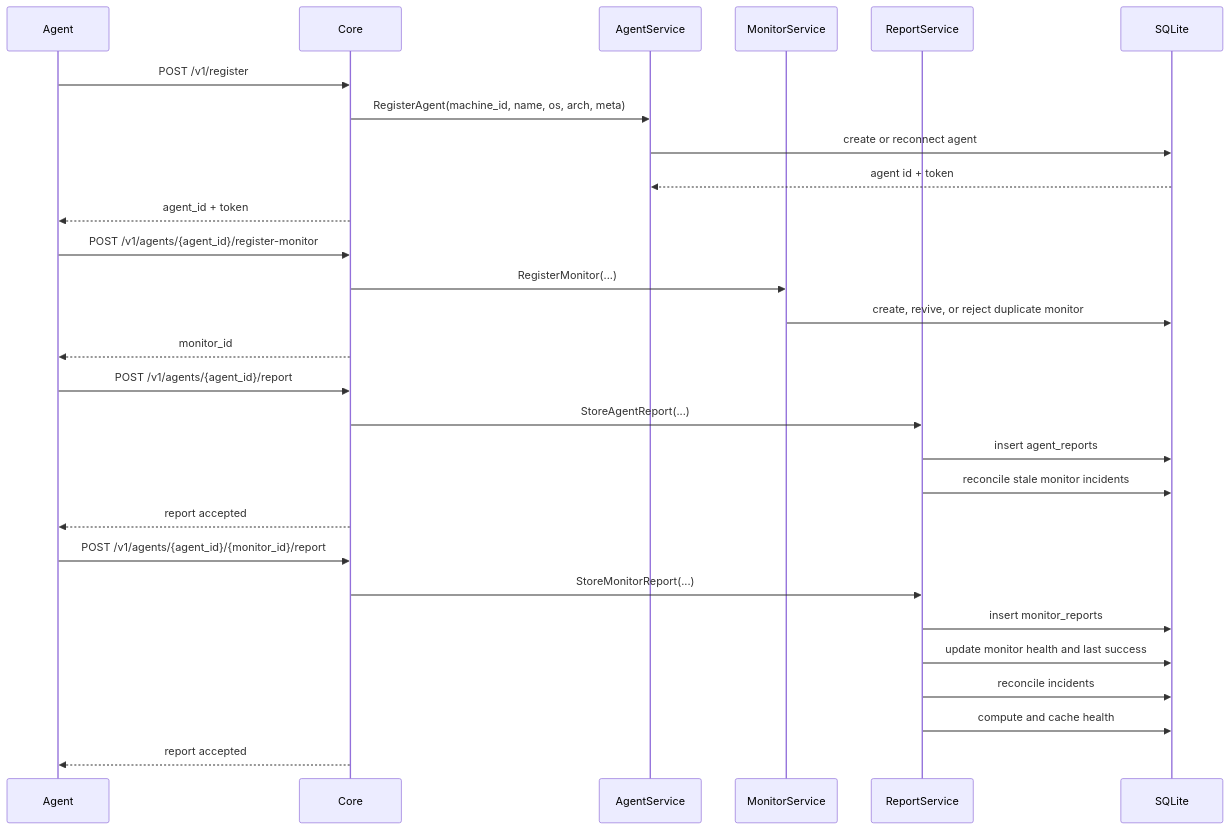
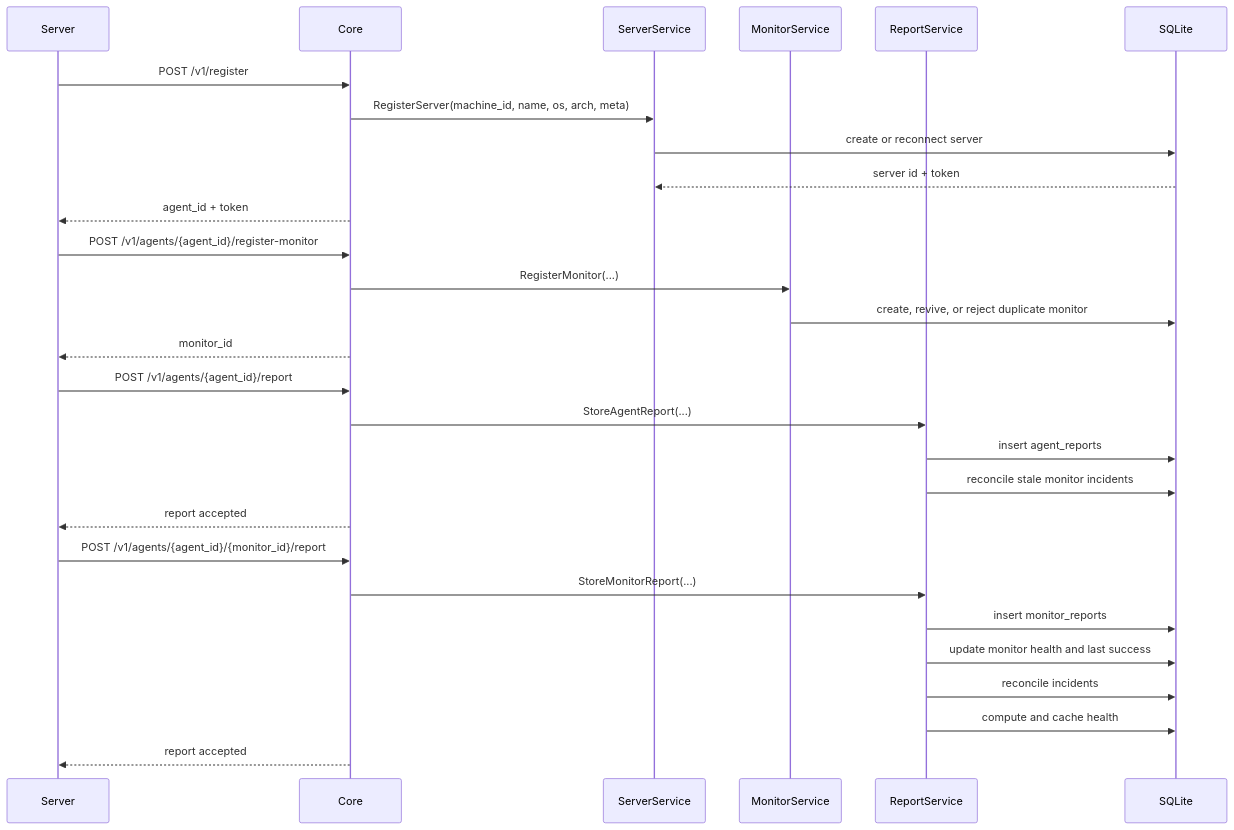
One commit to sunday-studio/orion changed the first of 6 diagrams in docs/architecture/data-ingestion.md. Above: the diagram before and after it, drawn with Mermaid. The commit also changed other lines of this file and 223 other files, not shown here.

````diff
--- a/docs/architecture/data-ingestion.md
+++ b/docs/architecture/data-ingestion.md
@@ -5,34 +5,34 @@
 ```mermaid
 sequenceDiagram
-  participant Agent
+  participant Server
   participant Core
-  participant AgentService
+  participant ServerService
   participant MonitorService
   participant ReportService
   participant DB as SQLite
 
-  Agent->>Core: POST /v1/register
-  Core->>AgentService: RegisterAgent(machine_id, name, os, arch, meta)
-  AgentService->>DB: create or reconnect agent
-  DB-->>AgentService: agent id + token
-  Core-->>Agent: agent_id + token
+  Server->>Core: POST /v1/register
+  Core->>ServerService: RegisterServer(machine_id, name, os, arch, meta)
+  ServerService->>DB: create or reconnect server
+  DB-->>ServerService: server id + token
+  Core-->>Server: agent_id + token
 
-  Agent->>Core: POST /v1/agents/{agent_id}/register-monitor
+  Server->>Core: POST /v1/agents/{agent_id}/register-monitor
   Core->>MonitorService: RegisterMonitor(...)
   MonitorService->>DB: create, revive, or reject duplicate monitor
-  Core-->>Agent: monitor_id
+  Core-->>Server: monitor_id
 
-  Agent->>Core: POST /v1/agents/{agent_id}/report
+  Server->>Core: POST /v1/agents/{agent_id}/report
   Core->>ReportService: StoreAgentReport(...)
   ReportService->>DB: insert agent_reports
   ReportService->>DB: reconcile stale monitor incidents
-  Core-->>Agent: report accepted
+  Core-->>Server: report accepted
 
-  Agent->>Core: POST /v1/agents/{agent_id}/{monitor_id}/report
+  Server->>Core: POST /v1/agents/{agent_id}/{monitor_id}/report
   Core->>ReportService: StoreMonitorReport(...)
   ReportService->>DB: insert monitor_reports
   ReportService->>DB: update monitor health and last success
   ReportService->>DB: reconcile incidents
   ReportService->>DB: compute and cache health
-  Core-->>Agent: report accepted
+  Core-->>Server: report accepted
 ```
````
